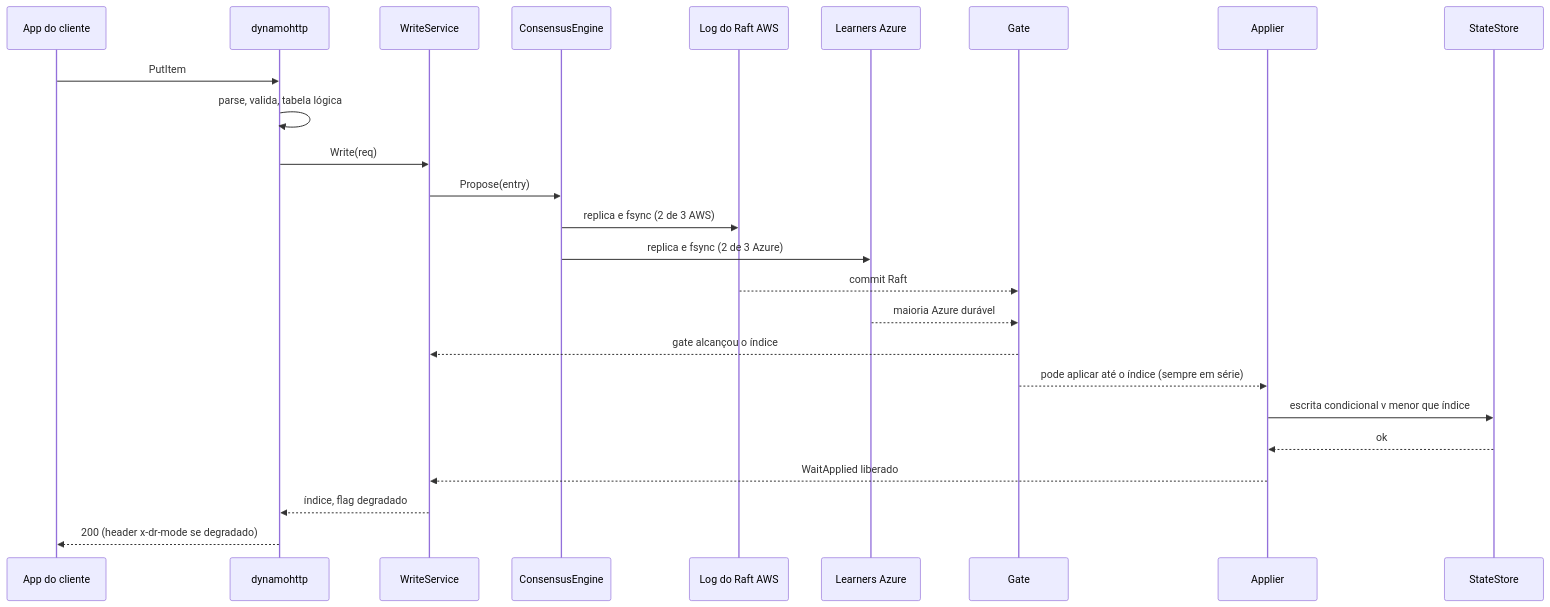
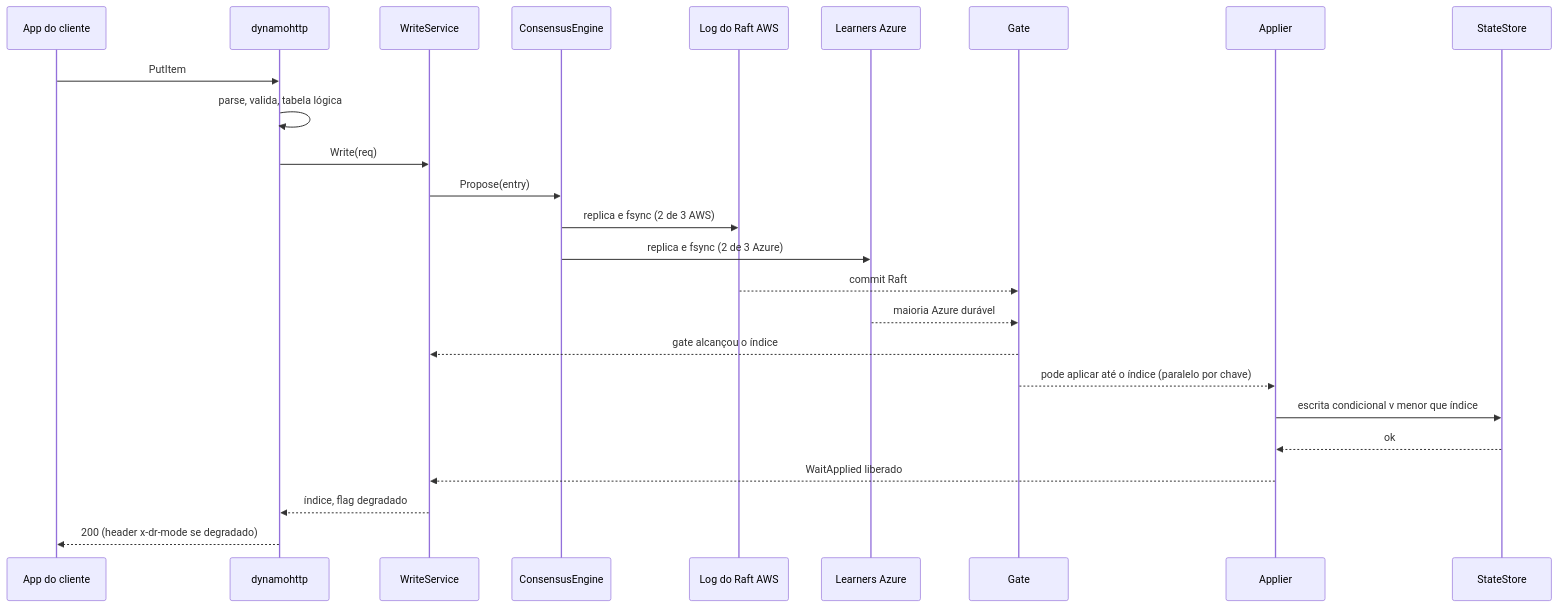
One commit to brbarmex/k changed the fourth of 10 diagrams in doc/05_implementacao/02_desenho_e_diagramas.md. Above: the diagram before and after it, drawn with Mermaid. The commit also changed other lines of this file and 124 other files, not shown here.

````diff
--- a/doc/05_implementacao/02_desenho_e_diagramas.md
+++ b/doc/05_implementacao/02_desenho_e_diagramas.md
@@ -142,27 +142,27 @@
 ```mermaid
 sequenceDiagram
     participant App as App do cliente
     participant API as dynamohttp
     participant W as WriteService
     participant C as ConsensusEngine
     participant L as Log do Raft AWS
     participant Az as Learners Azure
     participant G as Gate
     participant AP as Applier
     participant DB as StateStore
     App->>API: PutItem
     API->>API: parse, valida, tabela lógica
     API->>W: Write(req)
     W->>C: Propose(entry)
     C->>L: replica e fsync (2 de 3 AWS)
     C->>Az: replica e fsync (2 de 3 Azure)
     L-->>G: commit Raft
     Az-->>G: maioria Azure durável
     G-->>W: gate alcançou o índice
-    G-->>AP: pode aplicar até o índice (sempre em série)
+    G-->>AP: pode aplicar até o índice (paralelo por chave)
     AP->>DB: escrita condicional v menor que índice
     DB-->>AP: ok
     AP-->>W: WaitApplied liberado
     W-->>API: índice, flag degradado
     API-->>App: 200 (header x-dr-mode se degradado)
 ```
````
